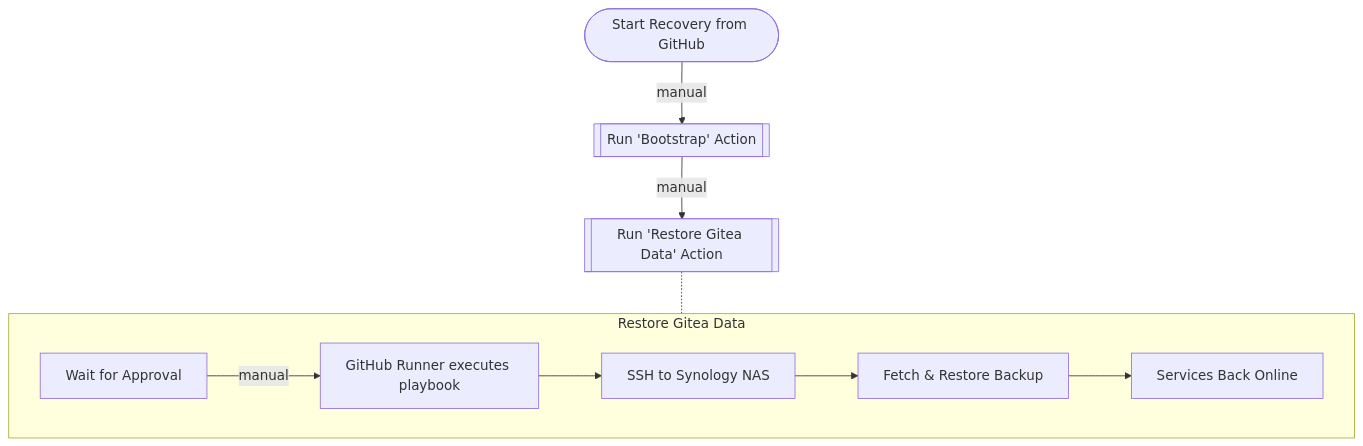
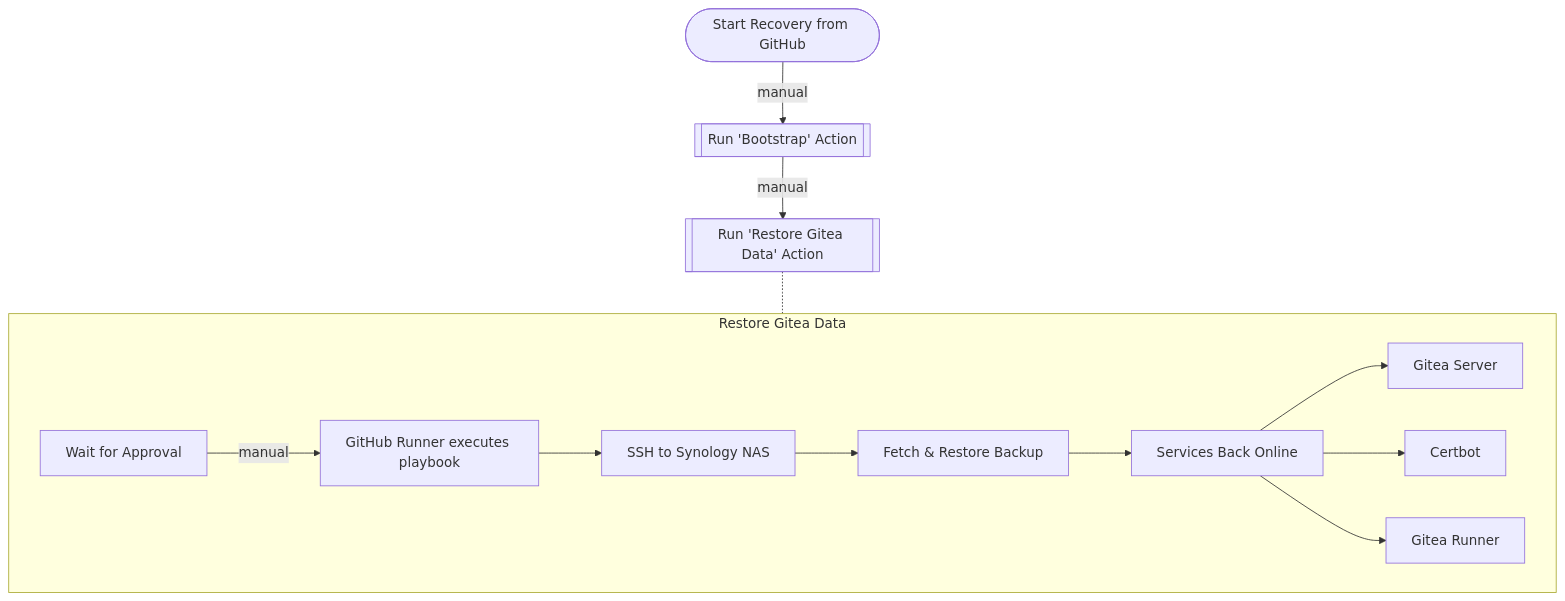
Before and after one commit to jaxzin/jaxzin-infra-bootstrap: the second of 2 diagrams in README.md, drawn with Mermaid. The commit also changed other lines of this file and 1 other file, not shown here.

````diff
--- a/README.md
+++ b/README.md
@@ -70,15 +73,18 @@
 ```mermaid
 flowchart TB
     Start([Start Recovery from GitHub])
     Start -->|manual| Action_B[[Run 'Bootstrap' Action]]
     Action_B -->|manual| Action_R[[Run 'Restore Gitea Data' Action]]
     subgraph Restore[Restore Gitea Data]
         direction LR
         Approval[Wait for Approval]
         Approval -->|manual| R[GitHub Runner executes playbook]
         R --> M[SSH to Synology NAS]
         M --> N[Fetch & Restore Backup]
         N --> P[Services Back Online]
+        P --> P1[Gitea Server]
+        P --> P2[Certbot]
+        P --> P3[Gitea Runner]
     end
     Action_R -.- Restore
 ```
````
